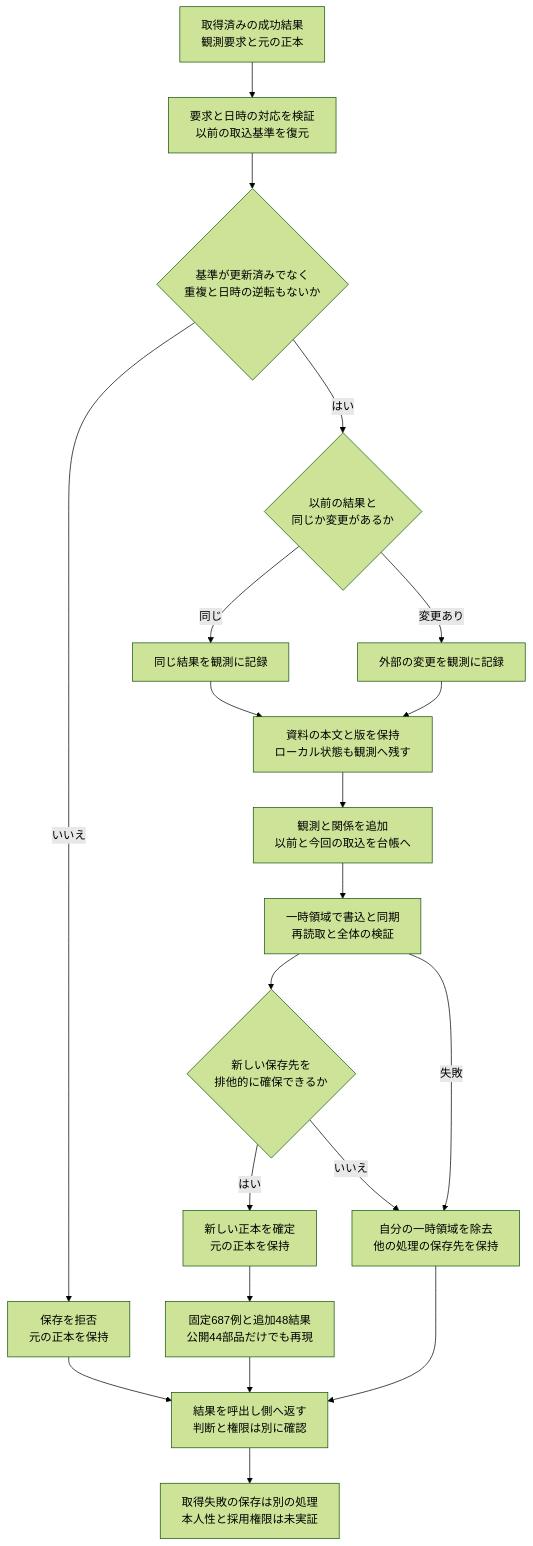
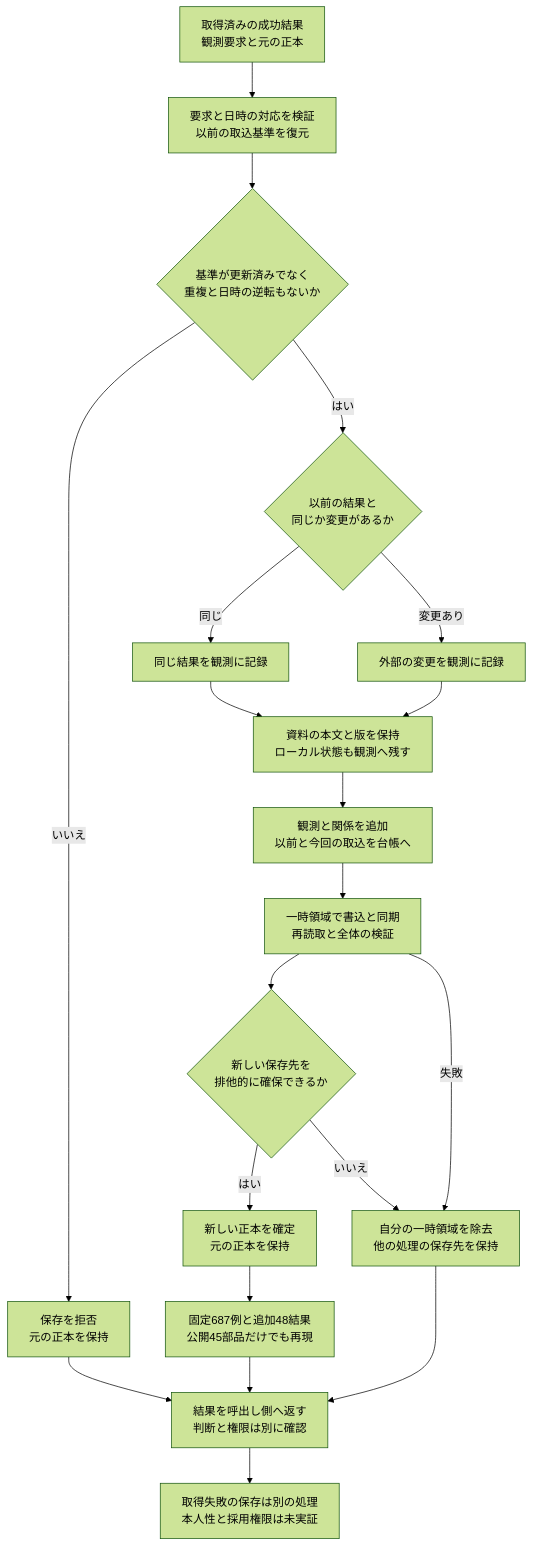
The diagram in docs/diagrams/python-import-presence.mmd (koukemo/morivyx), drawn with Mermaid (forest theme) before and after one commit. The commit also changed 40 other files, not shown here.

```diff
--- a/docs/diagrams/python-import-presence.mmd
+++ b/docs/diagrams/python-import-presence.mmd
@@ -1,20 +1,20 @@
 flowchart TD
   A[取得済みの成功結果<br/>観測要求と元の正本] --> B[要求と日時の対応を検証<br/>以前の取込基準を復元]
   B --> C{基準が更新済みでなく<br/>重複と日時の逆転もないか}
   C -->|いいえ| R[保存を拒否<br/>元の正本を保持]
   C -->|はい| D{以前の結果と<br/>同じか変更があるか}
   D -->|同じ| E[同じ結果を観測に記録]
   D -->|変更あり| F[外部の変更を観測に記録]
   E --> G[資料の本文と版を保持<br/>ローカル状態も観測へ残す]
   F --> G
   G --> H[観測と関係を追加<br/>以前と今回の取込を台帳へ]
   H --> I[一時領域で書込と同期<br/>再読取と全体の検証]
   I --> J{新しい保存先を<br/>排他的に確保できるか}
   J -->|はい| K[新しい正本を確定<br/>元の正本を保持]
   J -->|いいえ| L[自分の一時領域を除去<br/>他の処理の保存先を保持]
   I -->|失敗| L
-  K --> M[固定687例と追加48結果<br/>公開44部品だけでも再現]
+  K --> M[固定687例と追加48結果<br/>公開45部品だけでも再現]
   R --> N[結果を呼出し側へ返す<br/>判断と権限は別に確認]
   L --> N
   M --> N
   N --> O[取得失敗の保存は別の処理<br/>本人性と採用権限は未実証]
```
